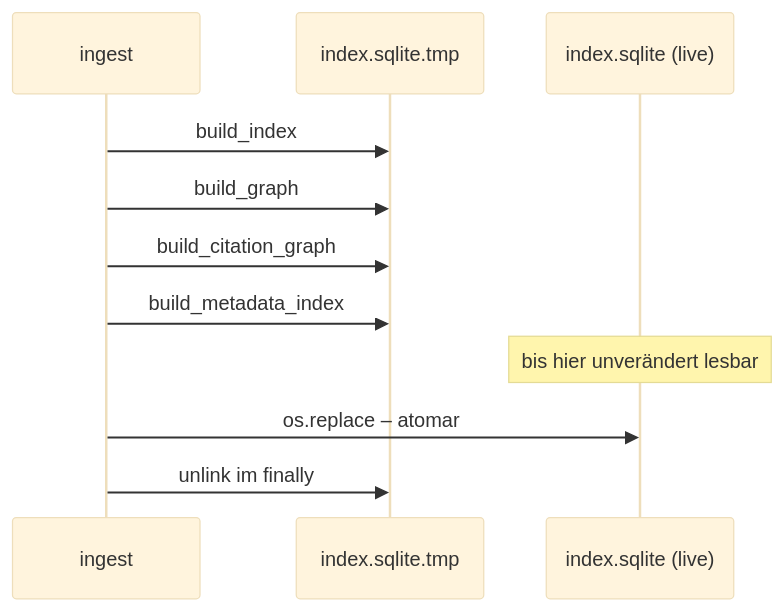
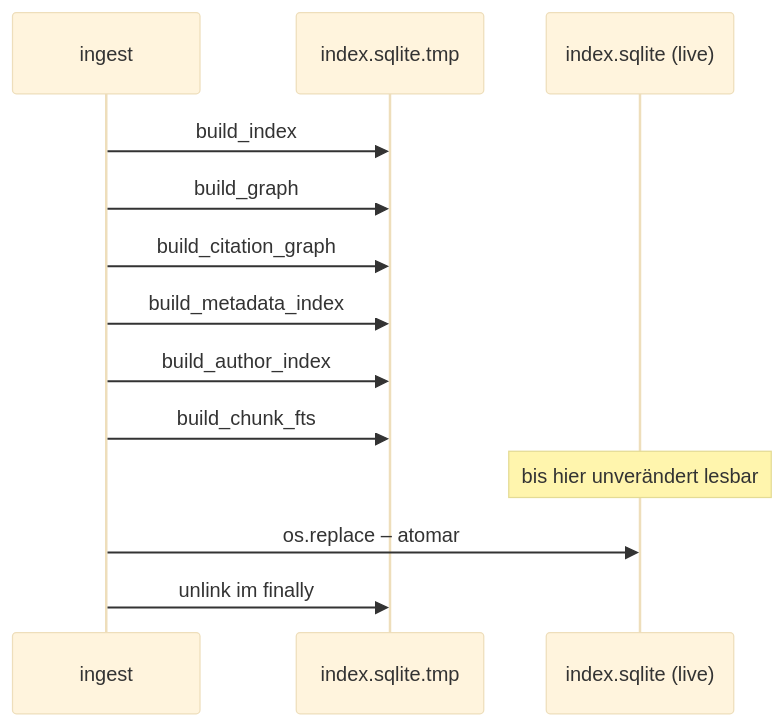
One commit to MomoEngineer/research-graphrag changed the second of 3 diagrams in src/research_graphrag/doc/pipeline.md. Above: the diagram before and after it, drawn with Mermaid (base theme). The commit also changed other lines of this file and 13 other files, not shown here.

````diff
--- a/src/research_graphrag/doc/pipeline.md
+++ b/src/research_graphrag/doc/pipeline.md
@@ -80,13 +80,15 @@
 ```mermaid
 sequenceDiagram
     participant I as ingest
     participant T as index.sqlite.tmp
     participant L as index.sqlite (live)
     I->>T: build_index
     I->>T: build_graph
     I->>T: build_citation_graph
     I->>T: build_metadata_index
+    I->>T: build_author_index
+    I->>T: build_chunk_fts
     Note over L: bis hier unverändert lesbar
     I->>L: os.replace – atomar
     I->>T: unlink im finally
 ```
````
